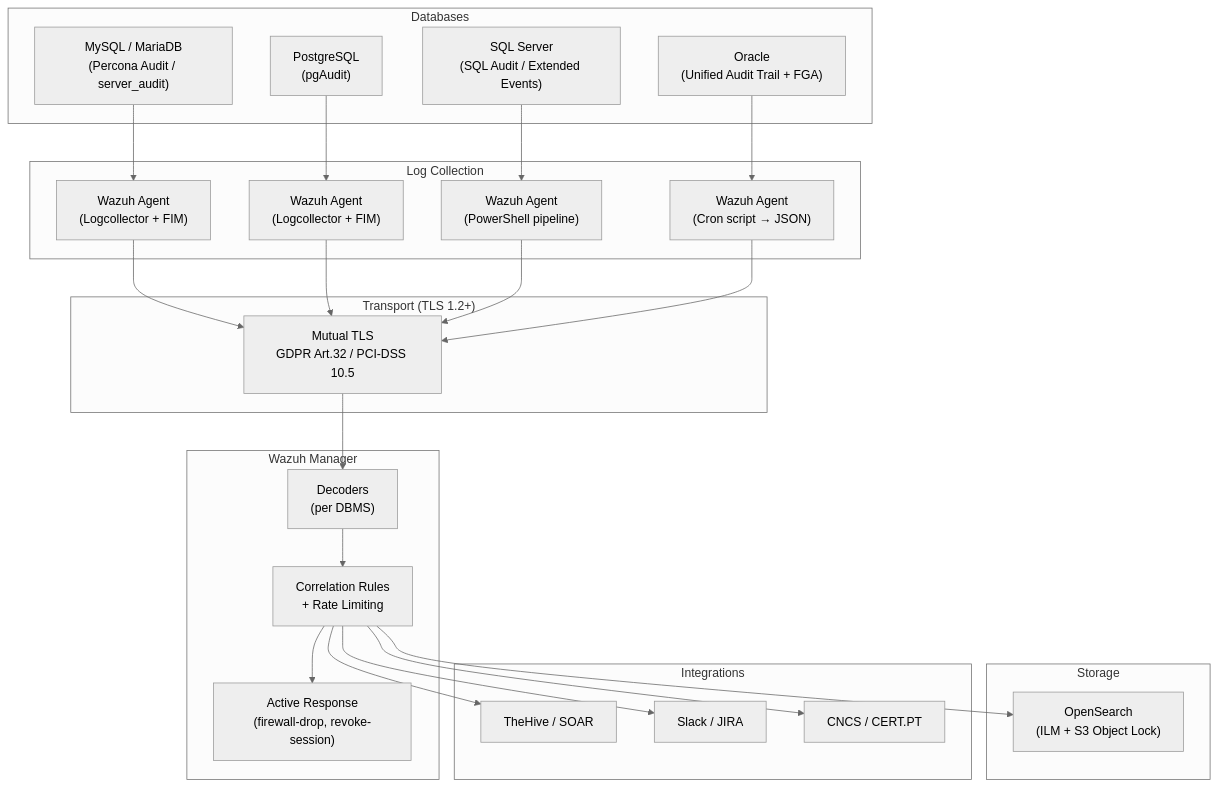
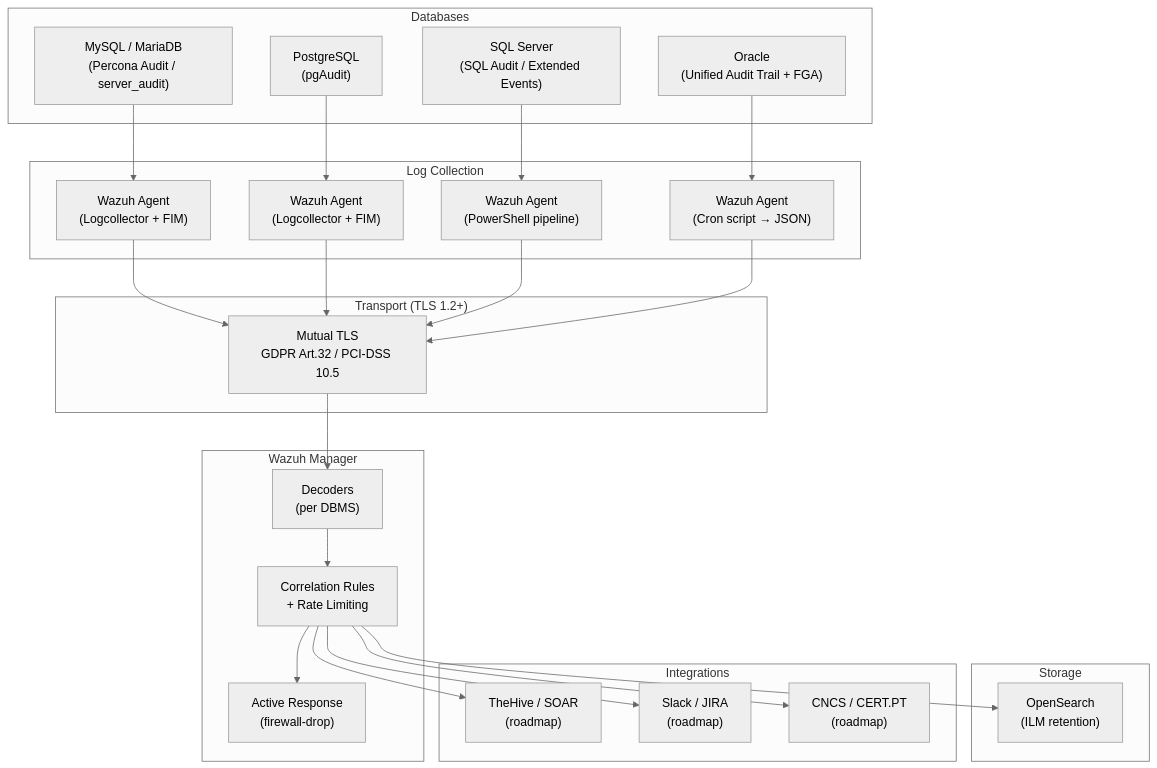
One commit to mjvmsteixeira/wazuh-database-compliance changed the diagram in README.md. Above: the diagram before and after it, drawn with Mermaid (neutral theme). The commit also changed other lines of this file and 2 other files, not shown here.

Commit message:
Fix honesty issues and validate MySQL Percona JSON decoder
README:
- Remove unimplemented features from diagram (TheHive, Slack, S3 Object Lock, revoke-session)
- Mark integrations as roadmap
- Fix regulatory mapping table (remove TheHive, S3 references)
- Update "Tested on" to clarify SQL Server is decoders-only

MySQL rules:
- Change decoded_as from mysql-audit-json to json (Wazuh 4.14 json decoder)
- Fix status field matching: use negate="yes" for failed login detection
- Validated 4/4 Percona JSON scenarios via Wazuh API logtest

ILM policy:
- Replace placeholder with actual ISM policy JSON

All 11 scenarios validated: 4 Percona + 3 MariaDB + 4 PostgreSQL

````diff
--- a/README.md
+++ b/README.md
@@ -15,44 +15,44 @@
 ```mermaid
 flowchart TD
     subgraph DBs["Databases"]
         MY["MySQL / MariaDB\n(Percona Audit / server_audit)"]
         PG["PostgreSQL\n(pgAudit)"]
         MS["SQL Server\n(SQL Audit / Extended Events)"]
         ORA["Oracle\n(Unified Audit Trail + FGA)"]
     end
 
     subgraph Collection["Log Collection"]
         AG1["Wazuh Agent\n(Logcollector + FIM)"]
         AG2["Wazuh Agent\n(Logcollector + FIM)"]
         AG3["Wazuh Agent\n(PowerShell pipeline)"]
         AG4["Wazuh Agent\n(Cron script → JSON)"]
     end
 
     subgraph Transport["Transport (TLS 1.2+)"]
         TLS["Mutual TLS\nGDPR Art.32 / PCI-DSS 10.5"]
     end
 
     subgraph Manager["Wazuh Manager"]
         DEC["Decoders\n(per DBMS)"]
         RULES["Correlation Rules\n+ Rate Limiting"]
-        AR["Active Response\n(firewall-drop, revoke-session)"]
+        AR["Active Response\n(firewall-drop)"]
     end
 
     subgraph Storage["Storage"]
-        OS["OpenSearch\n(ILM + S3 Object Lock)"]
+        OS["OpenSearch\n(ILM retention)"]
     end
 
     subgraph Integ["Integrations"]
-        HIVE["TheHive / SOAR"]
-        SLACK["Slack / JIRA"]
-        CERT["CNCS / CERT.PT"]
+        HIVE["TheHive / SOAR\n(roadmap)"]
+        SLACK["Slack / JIRA\n(roadmap)"]
+        CERT["CNCS / CERT.PT\n(roadmap)"]
     end
 
     MY --> AG1
     PG --> AG2
     MS --> AG3
     ORA --> AG4
     AG1 & AG2 & AG3 & AG4 --> TLS --> DEC --> RULES --> AR
     RULES --> OS
     RULES --> HIVE & SLACK & CERT
 ```
````
